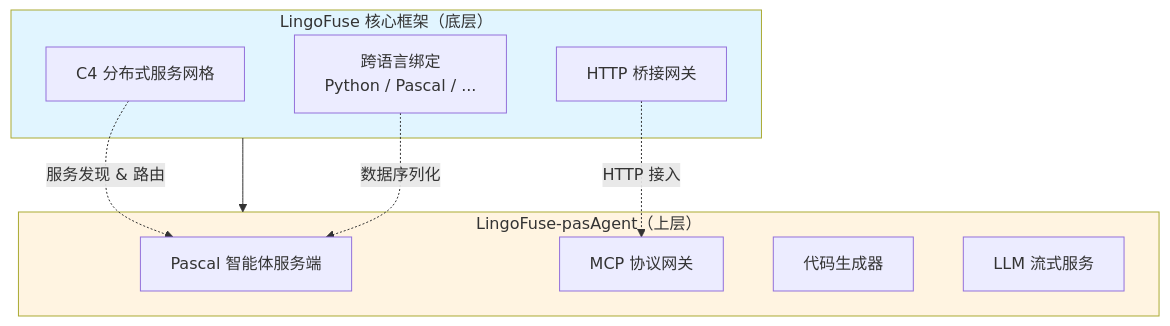
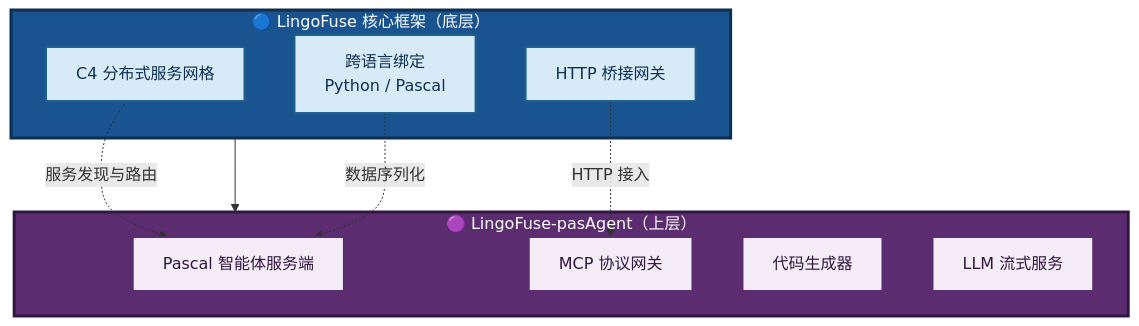
One commit to PassByYou888/LingoFuse-pasAgent changed the first of 16 diagrams in LingoFuse_Python_Binding_Migration_Record.md. Above: the diagram before and after it, drawn with Mermaid. The commit also changed other lines of this file, not shown here.

````diff
--- a/LingoFuse_Python_Binding_Migration_Record.md
+++ b/LingoFuse_Python_Binding_Migration_Record.md
@@ -35,23 +36,30 @@
 ```mermaid
-graph TB
-    subgraph Core["LingoFuse 核心框架（底层）"]
-        C4["C4 分布式服务网格"]
-        Binding["跨语言绑定<br/>Python / Pascal / ..."]
-        Bridge["HTTP 桥接网关"]
+flowchart TB
+    subgraph CORE["🔵 LingoFuse 核心框架（底层）"]
+        C1["C4 分布式服务网格"]
+        C2["跨语言绑定<br/>Python / Pascal"]
+        C3["HTTP 桥接网关"]
     end
 
-    subgraph Agent["LingoFuse-pasAgent（上层）"]
-        PasBackend["Pascal 智能体服务端"]
-        MCPGateway["MCP 协议网关"]
-        CodeGen["代码生成器"]
-        LLMService["LLM 流式服务"]
+    subgraph AGENT["🟣 LingoFuse-pasAgent（上层）"]
+        A1["Pascal 智能体服务端"]
+        A2["MCP 协议网关"]
+        A3["代码生成器"]
+        A4["LLM 流式服务"]
     end
 
-    Core --> Agent
-    C4 -.->|服务发现 & 路由| PasBackend
-    Binding -.->|数据序列化| PasBackend
-    Bridge -.->|HTTP 接入| MCPGateway
+    CORE --> AGENT
+    C1 -.->|"服务发现与路由"| A1
+    C2 -.->|"数据序列化"| A1
+    C3 -.->|"HTTP 接入"| A2
 
-    style Core fill:#e1f5ff
-    style Agent fill:#fff4e1
+    style CORE fill:#1A5490,stroke:#0D2F52,stroke-width:3px,color:#FFFFFF
+    style AGENT fill:#5B2C6F,stroke:#321640,stroke-width:3px,color:#FFFFFF
+    style C1 fill:#D6EAF8,stroke:#1F618D,stroke-width:2px,color:#0D2F52
+    style C2 fill:#D6EAF8,stroke:#1F618D,stroke-width:2px,color:#0D2F52
+    style C3 fill:#D6EAF8,stroke:#1F618D,stroke-width:2px,color:#0D2F52
+    style A1 fill:#F4ECF7,stroke:#5B2C6F,stroke-width:2px,color:#321640
+    style A2 fill:#F4ECF7,stroke:#5B2C6F,stroke-width:2px,color:#321640
+    style A3 fill:#F4ECF7,stroke:#5B2C6F,stroke-width:2px,color:#321640
+    style A4 fill:#F4ECF7,stroke:#5B2C6F,stroke-width:2px,color:#321640
 ```
````
